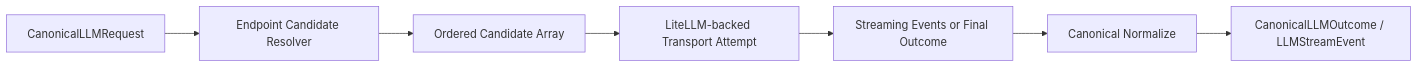
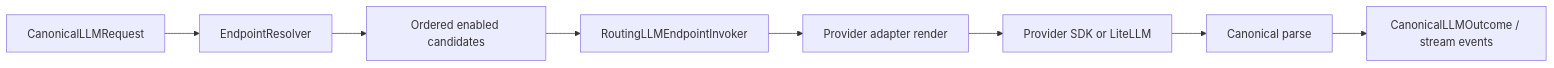
The diagram in docs/pal_llm_contract.md (OtakuNathan/Pal), drawn with Mermaid before and after one commit. The commit also changed other lines of this file and 107 other files, not shown here.

````diff
--- a/docs/pal_llm_contract.md
+++ b/docs/pal_llm_contract.md
@@ -115,9 +101,10 @@
 ```mermaid
 flowchart LR
-    REQ["CanonicalLLMRequest"] --> RESOLVE["Endpoint Candidate Resolver"]
-    RESOLVE --> ARR["Ordered Candidate Array"]
-    ARR --> TRY["LiteLLM-backed Transport Attempt"]
-    TRY --> STREAM["Streaming Events or Final Outcome"]
-    STREAM --> NORM["Canonical Normalize"]
-    NORM --> OUT["CanonicalLLMOutcome / LLMStreamEvent"]
+    REQ["CanonicalLLMRequest"] --> RESOLVE["EndpointResolver"]
+    RESOLVE --> CAND["Ordered enabled candidates"]
+    CAND --> ROUTE["RoutingLLMEndpointInvoker"]
+    ROUTE --> RENDER["Provider adapter render"]
+    RENDER --> WIRE["Provider SDK or LiteLLM"]
+    WIRE --> PARSE["Canonical parse"]
+    PARSE --> OUT["CanonicalLLMOutcome / stream events"]
 ```
````
